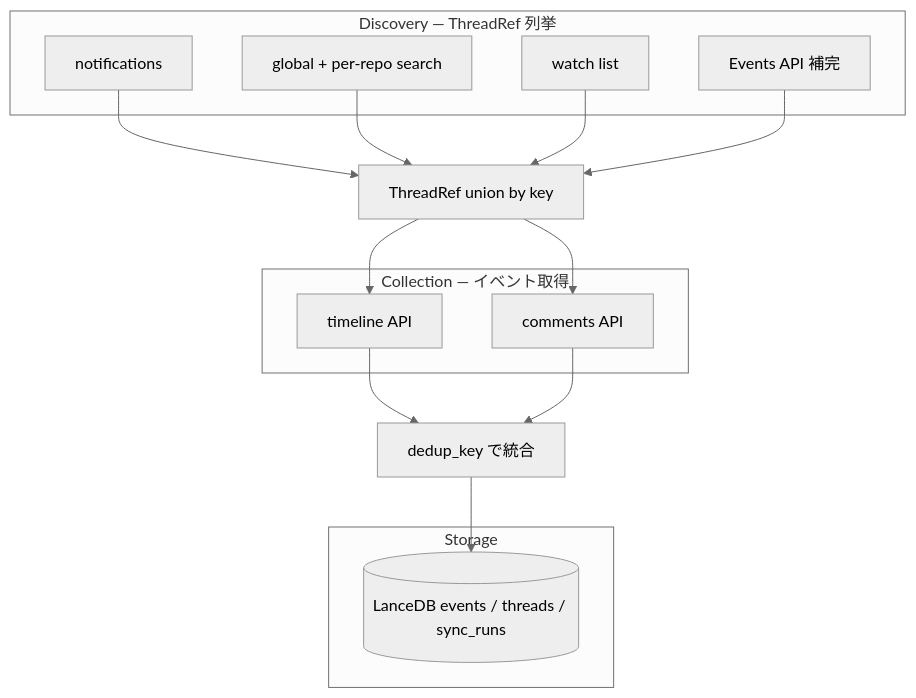
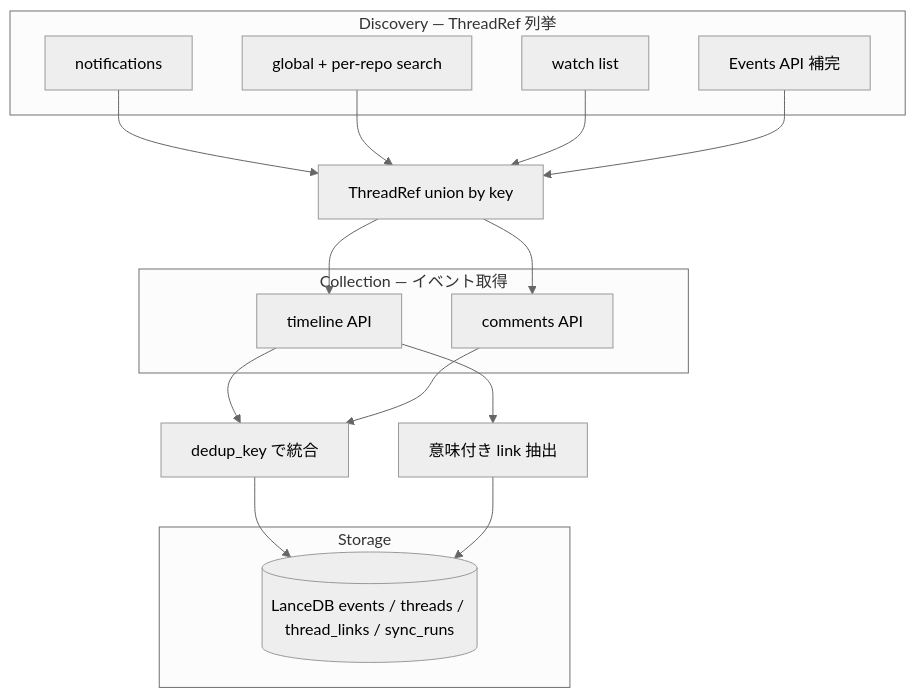
The diagram in docs/architecture.md (otolab/gh-work-track), drawn with Mermaid (neutral theme) before and after one commit. The commit also changed other lines of this file and 10 other files, not shown here.

First line of the commit message:
feat: add semantic thread links and work groups

````diff
--- a/docs/architecture.md
+++ b/docs/architecture.md
@@ -7,25 +7,27 @@
 ```mermaid
 flowchart TB
   subgraph discovery [Discovery — ThreadRef 列挙]
     N[notifications]
     S[global + per-repo search]
     W[watch list]
     E[Events API 補完]
   end
   subgraph collect [Collection — イベント取得]
     T[timeline API]
     C[comments API]
   end
   subgraph store [Storage]
-    L[(LanceDB events / threads / sync_runs)]
+    L[(LanceDB events / threads / thread_links / sync_runs)]
   end
   N --> Union[ThreadRef union by key]
   S --> Union
   W --> Union
   E --> Union
   Union --> T
   Union --> C
   T --> Dedupe[dedup_key で統合]
   C --> Dedupe
   Dedupe --> L
+  T --> Links[意味付き link 抽出]
+  Links --> L
 ```
````
